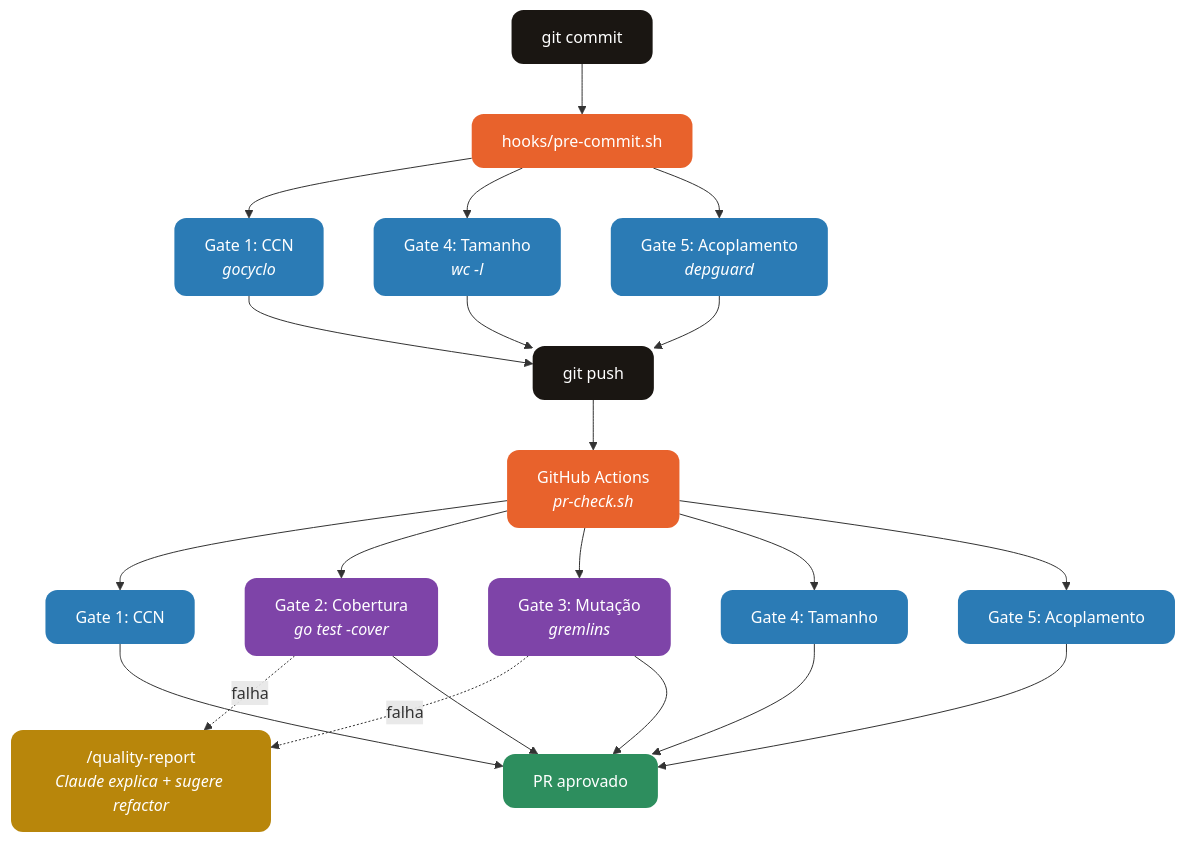
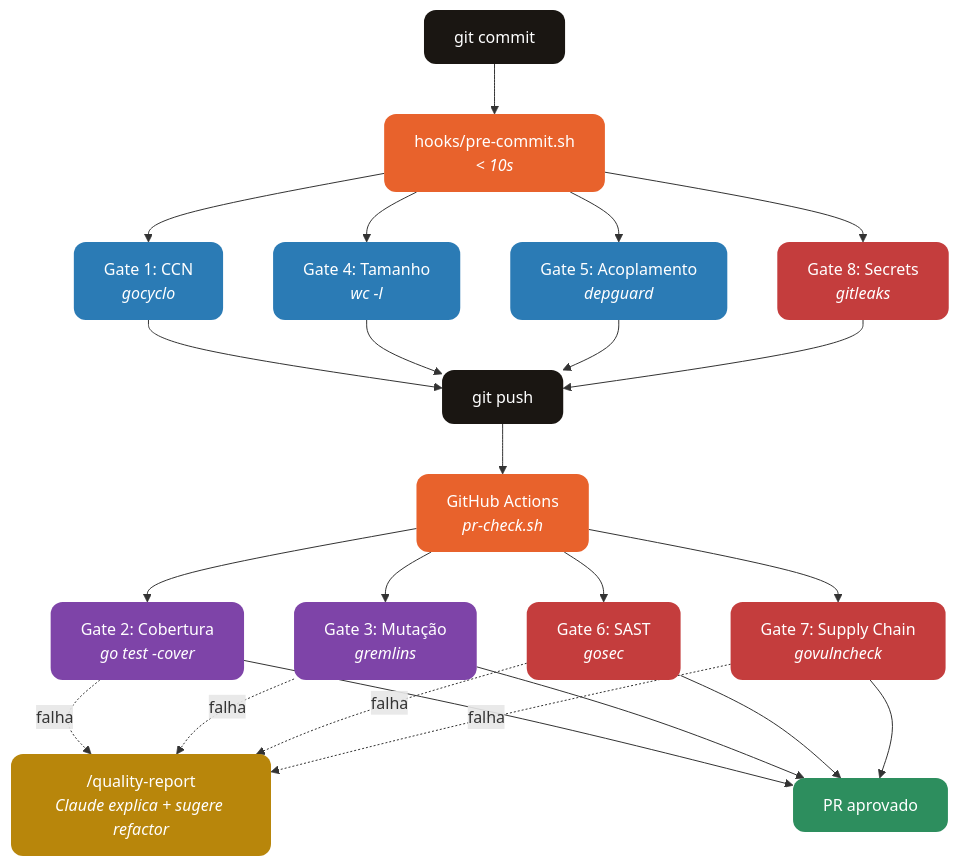
One commit to JohnPitter/pr-quality-gates changed the diagram in README.md. Above: the diagram before and after it, drawn with Mermaid. The commit also changed other lines of this file and 8 other files, not shown here.

First line of the commit message:
v0.2.0: add security tier (SAST, supply chain, secrets)

````diff
--- a/README.md
+++ b/README.md
@@ -47,53 +53,55 @@
 ```mermaid
 graph TD
     COMMIT["git commit"]
-    PRECOMMIT["hooks/pre-commit.sh"]
+    PRECOMMIT["hooks/pre-commit.sh<br/><i>&lt; 10s</i>"]
     G1["Gate 1: CCN<br/><i>gocyclo</i>"]
     G4["Gate 4: Tamanho<br/><i>wc -l</i>"]
     G5["Gate 5: Acoplamento<br/><i>depguard</i>"]
+    G8["Gate 8: Secrets<br/><i>gitleaks</i>"]
     PUSH["git push"]
     CI["GitHub Actions<br/><i>pr-check.sh</i>"]
-    G1F["Gate 1: CCN"]
     G2["Gate 2: Cobertura<br/><i>go test -cover</i>"]
     G3["Gate 3: Mutação<br/><i>gremlins</i>"]
-    G4F["Gate 4: Tamanho"]
-    G5F["Gate 5: Acoplamento"]
+    G6["Gate 6: SAST<br/><i>gosec</i>"]
+    G7["Gate 7: Supply Chain<br/><i>govulncheck</i>"]
     REPORT["/quality-report<br/><i>Claude explica + sugere refactor</i>"]
     MERGE["PR aprovado"]
 
     COMMIT --> PRECOMMIT
     PRECOMMIT --> G1
     PRECOMMIT --> G4
     PRECOMMIT --> G5
+    PRECOMMIT --> G8
     G1 --> PUSH
     G4 --> PUSH
     G5 --> PUSH
+    G8 --> PUSH
     PUSH --> CI
-    CI --> G1F
     CI --> G2
     CI --> G3
-    CI --> G4F
-    CI --> G5F
+    CI --> G6
+    CI --> G7
     G2 -.falha.-> REPORT
     G3 -.falha.-> REPORT
-    G1F --> MERGE
+    G6 -.falha.-> REPORT
+    G7 -.falha.-> REPORT
     G2 --> MERGE
     G3 --> MERGE
-    G4F --> MERGE
-    G5F --> MERGE
+    G6 --> MERGE
+    G7 --> MERGE
 
     style COMMIT fill:#1A1612,color:#fff,stroke:none,rx:12
     style PRECOMMIT fill:#E8622C,color:#fff,stroke:none,rx:12
     style G1 fill:#2B7BB5,color:#fff,stroke:none,rx:12
     style G4 fill:#2B7BB5,color:#fff,stroke:none,rx:12
     style G5 fill:#2B7BB5,color:#fff,stroke:none,rx:12
+    style G8 fill:#C43D3D,color:#fff,stroke:none,rx:12
     style PUSH fill:#1A1612,color:#fff,stroke:none,rx:12
     style CI fill:#E8622C,color:#fff,stroke:none,rx:12
-    style G1F fill:#2B7BB5,color:#fff,stroke:none,rx:12
     style G2 fill:#7E44A8,color:#fff,stroke:none,rx:12
     style G3 fill:#7E44A8,color:#fff,stroke:none,rx:12
-    style G4F fill:#2B7BB5,color:#fff,stroke:none,rx:12
-    style G5F fill:#2B7BB5,color:#fff,stroke:none,rx:12
+    style G6 fill:#C43D3D,color:#fff,stroke:none,rx:12
+    style G7 fill:#C43D3D,color:#fff,stroke:none,rx:12
     style REPORT fill:#B8860B,color:#fff,stroke:none,rx:12
     style MERGE fill:#2D8E5E,color:#fff,stroke:none,rx:12
 ```
````
